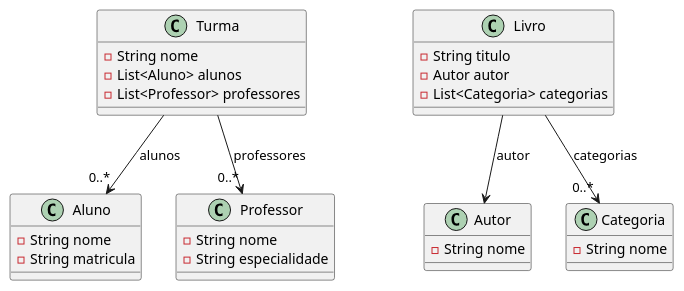
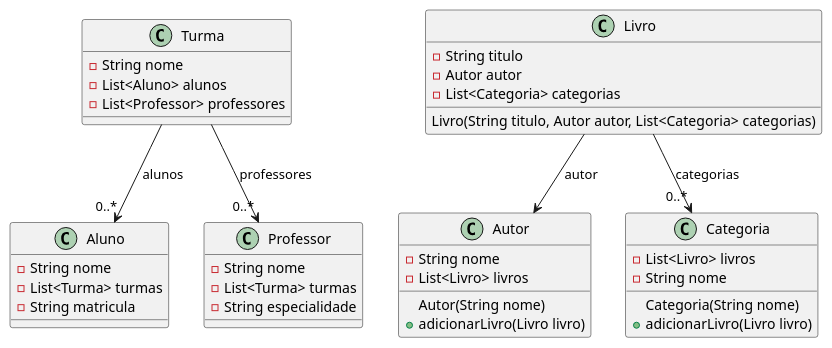
The diagram in src/posts/05_listas_associacoes.md (2026-ifba-saj-inf-poo/blog), drawn with PlantUML before and after one commit. The commit also changed other lines of this file and 5 other files, not shown here.

````diff
--- a/src/posts/05_listas_associacoes.md
+++ b/src/posts/05_listas_associacoes.md
@@ -54,32 +54,42 @@
 ```plantuml
 @startuml
 class Turma {
   - String nome
   - List<Aluno> alunos
   - List<Professor> professores
 }
 class Aluno {
   - String nome
+  - List<Turma> turmas
   - String matricula
 }
 class Professor {
   - String nome
+  - List<Turma> turmas
   - String especialidade
 }
 class Livro {
   - String titulo
   - Autor autor
   - List<Categoria> categorias
+  Livro(String titulo, Autor autor, List<Categoria> categorias)
 }
 class Autor {
   - String nome
+  - List<Livro> livros
+  Autor(String nome)
+  + adicionarLivro(Livro livro)
+
 }
 class Categoria {
+  - List<Livro> livros
   - String nome
+    Categoria(String nome)
+  + adicionarLivro(Livro livro)
 }
 Turma --> "0..*" Aluno : alunos
 Turma --> "0..*" Professor : professores
 Livro --> Autor : autor
 Livro --> "0..*" Categoria : categorias
 @enduml
 ```
````
